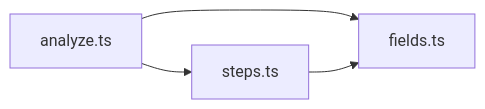
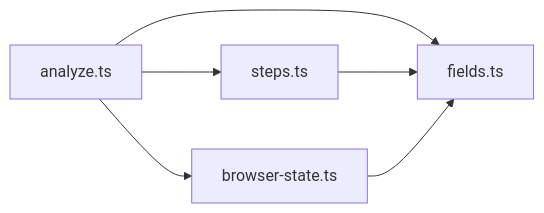
Before and after one commit to yike2/Jevwright: the second of 2 diagrams in docs/tech/syntax-analyzer.md, drawn with Mermaid. The commit also changed other lines of this file and 6 other files, not shown here.

````diff
--- a/docs/tech/syntax-analyzer.md
+++ b/docs/tech/syntax-analyzer.md
@@ -317,6 +390,8 @@
 ```mermaid
 flowchart LR
   analyze[analyze.ts] --> steps[steps.ts]
+  analyze --> state[browser-state.ts]
   analyze --> fields[fields.ts]
   steps --> fields
+  state --> fields
 ```
````
